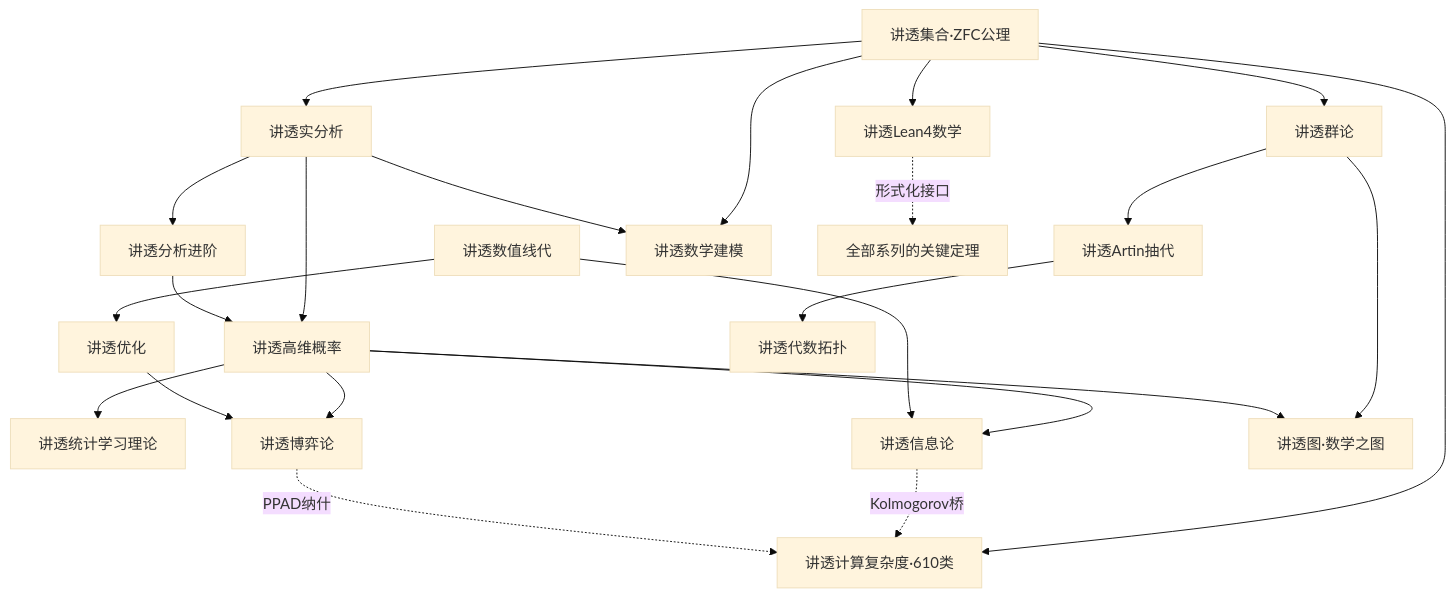
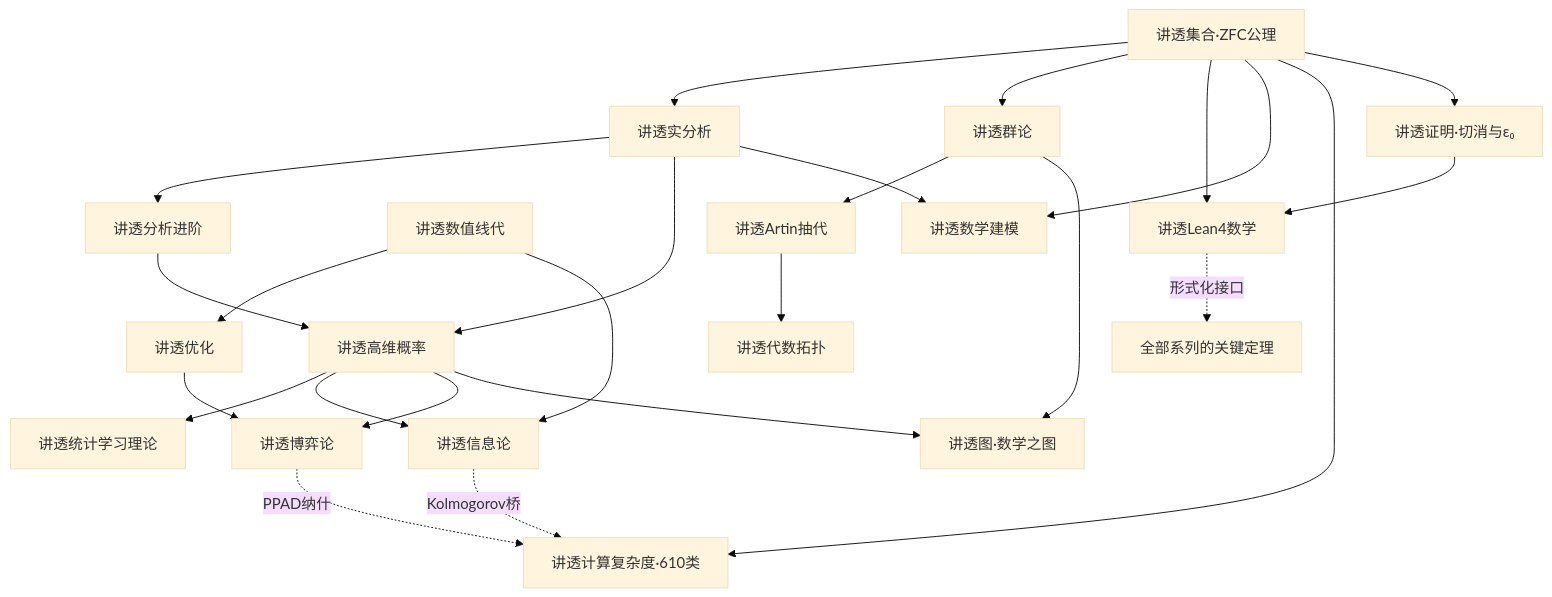
One commit to leemiracle/work4ai changed the diagram in 讲透数学/README.md. Above: the diagram before and after it, drawn with Mermaid (base theme). The commit also changed other lines of this file and 12 other files, not shown here.

````diff
--- a/讲透数学/README.md
+++ b/讲透数学/README.md
@@ -58,25 +59,27 @@
 ```mermaid
 graph TD
     SET[讲透集合·ZFC公理] --> RA[讲透实分析]
     SET --> GT[讲透群论]
     SET --> LEAN[讲透Lean4数学]
     NLA[讲透数值线代] --> OPT[讲透优化]
     RA --> AA[讲透分析进阶]
     RA --> HDP[讲透高维概率]
     AA --> HDP
     HDP --> SLT[讲透统计学习理论]
     GT --> ARTIN[讲透Artin抽代]
     ARTIN --> AT[讲透代数拓扑]
     HDP --> IT[讲透信息论]
     NLA --> IT
     HDP --> GT2[讲透博弈论]
     OPT --> GT2
     SET --> MM[讲透数学建模]
     RA --> MM
     GT --> GRAPH[讲透图·数学之图]
     HDP --> GRAPH
     SET --> CX[讲透计算复杂度·610类]
+    SET --> PROOF[讲透证明·切消与ε₀]
+    PROOF --> LEAN
     IT -.Kolmogorov桥.-> CX
     GT2 -.PPAD纳什.-> CX
     LEAN -.形式化接口.-> ALL[全部系列的关键定理]
 ```
````
